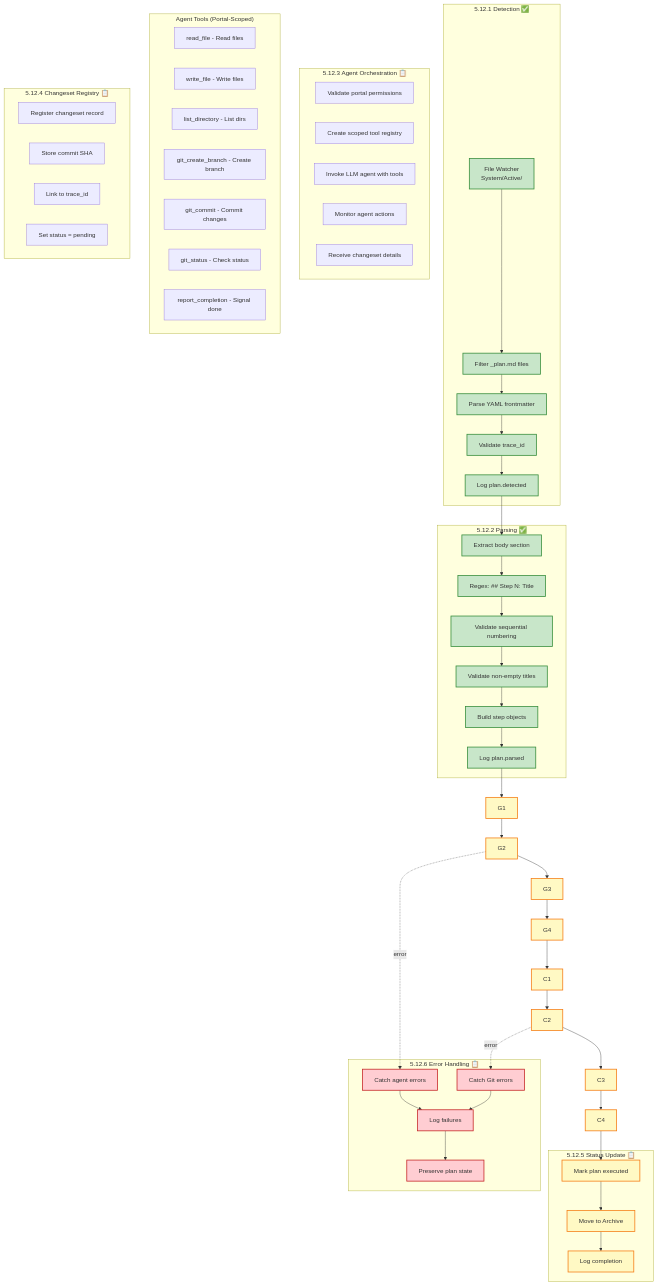
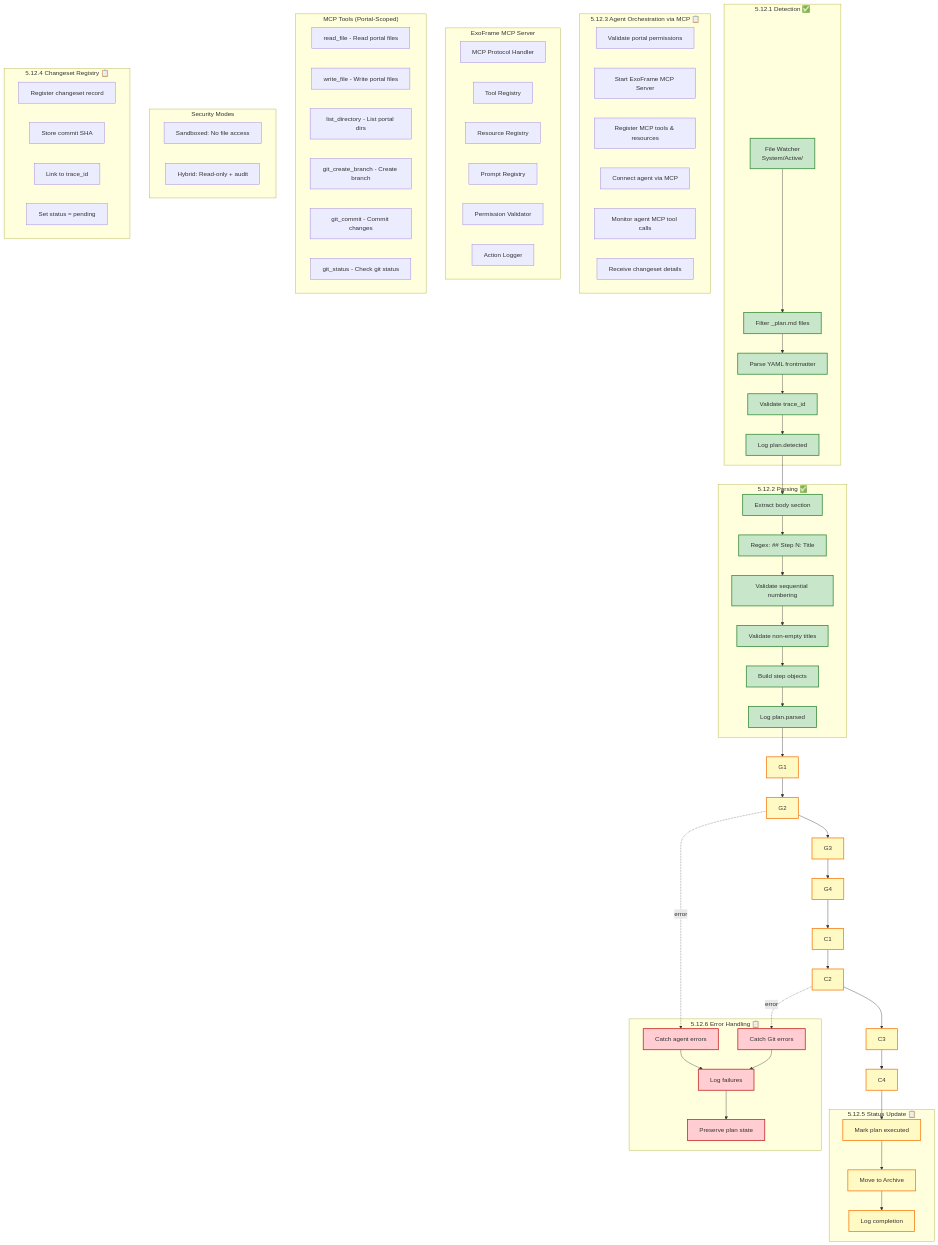
One commit to dostark/exoframe-public changed the fourth of 12 diagrams in docs/ExoFrame_Architecture.md. Above: the diagram before and after it, drawn with Mermaid. The commit also changed other lines of this file and 1 other file, not shown here.

First line of the commit message:
docs: add MCP server architecture with dual security modes

```diff
--- a/docs/ExoFrame_Architecture.md
+++ b/docs/ExoFrame_Architecture.md
@@ -301,22 +318,36 @@
         P6[Log plan.parsed]
     end
     
-    subgraph Orchestration["5.12.3 Agent Orchestration 📋"]
+    subgraph Orchestration["5.12.3 Agent Orchestration via MCP 📋"]
         O1[Validate portal permissions]
-        O2[Create scoped tool registry]
-        O3[Invoke LLM agent with tools]
-        O4[Monitor agent actions]
-        O5[Receive changeset details]
+        O2[Start ExoFrame MCP Server]
+        O3[Register MCP tools & resources]
+        O4[Connect agent via MCP]
+        O5[Monitor agent MCP tool calls]
+        O6[Receive changeset details]
     end
     
-    subgraph AgentTools["Agent Tools (Portal-Scoped)"]
-        T1[read_file - Read files]
-        T2[write_file - Write files]
-        T3[list_directory - List dirs]
+    subgraph MCPServer["ExoFrame MCP Server"]
+        M1[MCP Protocol Handler]
+        M2[Tool Registry]
+        M3[Resource Registry]
+        M4[Prompt Registry]
+        M5[Permission Validator]
+        M6[Action Logger]
+    end
+    
+    subgraph MCPTools["MCP Tools (Portal-Scoped)"]
+        T1[read_file - Read portal files]
+        T2[write_file - Write portal files]
+        T3[list_directory - List portal dirs]
         T4[git_create_branch - Create branch]
         T5[git_commit - Commit changes]
-        T6[git_status - Check status]
-        T7[report_completion - Signal done]
+        T6[git_status - Check git status]
+    end
+    
+    subgraph Security["Security Modes"]
+        SM1[Sandboxed: No file access]
+        SM2[Hybrid: Read-only + audit]
     end
     
     subgraph Registry["5.12.4 Changeset Registry 📋"]
```
